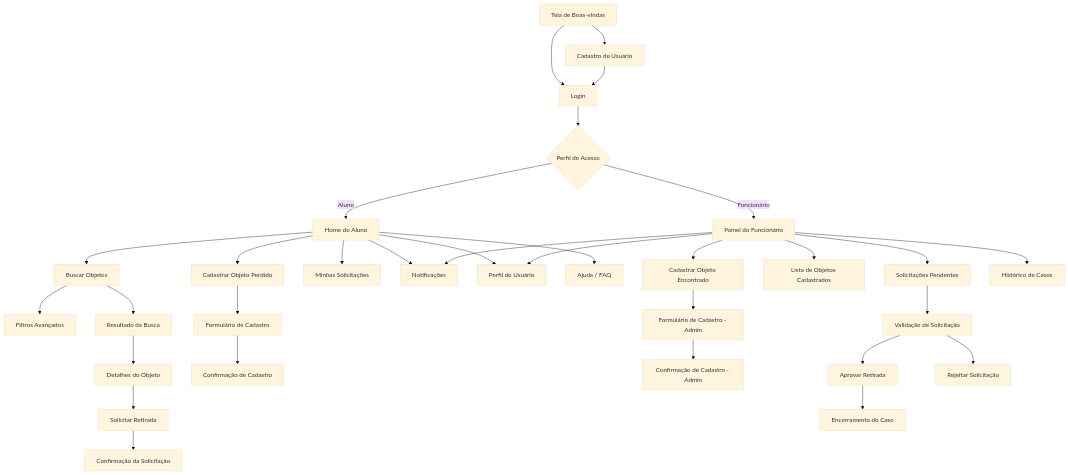
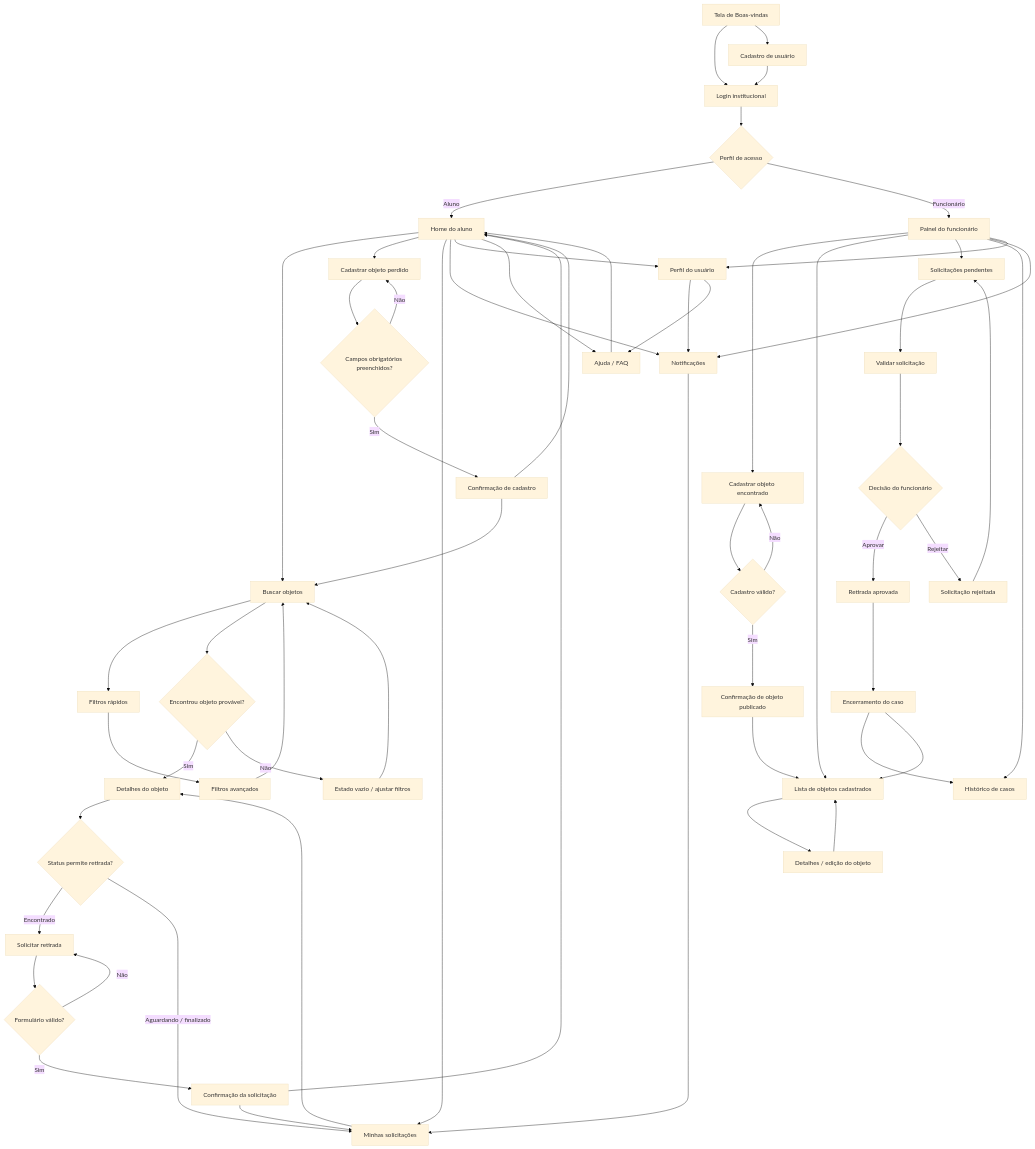
One commit to guisiq/projeto-de-interface changed the diagram in template-preenchido/projeto-achados-perdidos-unitins.md. Above: the diagram before and after it, drawn with Mermaid (base theme). The commit also changed other lines of this file and 22 other files, not shown here.

````diff
--- a/template-preenchido/projeto-achados-perdidos-unitins.md
+++ b/template-preenchido/projeto-achados-perdidos-unitins.md
@@ -241,43 +244,75 @@
 ```mermaid
 flowchart TD
-    A[Tela de Boas-vindas] --> B[Login]
-    A --> C[Cadastro de Usuário]
-    B --> D{Perfil de Acesso}
-    C --> B
-    
-    D -->|Aluno| E[Home do Aluno]
-    D -->|Funcionário| F[Painel do Funcionário]
-    
-    %% Fluxo do Aluno
-    E --> G[Buscar Objetos]
-    E --> H[Cadastrar Objeto Perdido]
-    E --> I[Minhas Solicitações]
-    E --> J[Notificações]
-    E --> K[Perfil do Usuário]
-    E --> L[Ajuda / FAQ]
-    
-    G --> M[Filtros Avançados]
-    G --> N[Resultado da Busca]
-    N --> O[Detalhes do Objeto]
-    O --> P[Solicitar Retirada]
-    P --> Q[Confirmação da Solicitação]
-    
-    H --> R[Formulário de Cadastro]
-    R --> S[Confirmação de Cadastro]
-    
-    %% Fluxo do Funcionário
-    F --> T[Cadastrar Objeto Encontrado]
-    F --> U[Lista de Objetos Cadastrados]
-    F --> V[Solicitações Pendentes]
-    F --> W[Histórico de Casos]
-    F --> K
-    F --> J
-    
-    T --> X[Formulário de Cadastro - Admin]
-    X --> Y[Confirmação de Cadastro - Admin]
-    
-    V --> Z[Validação de Solicitação]
-    Z --> AA[Aprovar Retirada]
-    Z --> AB[Rejeitar Solicitação]
-    AA --> AC[Encerramento do Caso]
+  A[Tela de Boas-vindas] --> B[Login institucional]
+  A --> C[Cadastro de usuário]
+  C --> B
+  B --> D{Perfil de acesso}
+
+  D -->|Aluno| E[Home do aluno]
+  D -->|Funcionário| F[Painel do funcionário]
+
+  %% Navegação persistente do aluno
+  E --> G[Buscar objetos]
+  E --> H[Cadastrar objeto perdido]
+  E --> I[Minhas solicitações]
+  E --> J[Notificações]
+  E --> K[Perfil do usuário]
+  E --> L[Ajuda / FAQ]
+
+  %% Fluxo de busca e retirada
+  G --> M[Filtros rápidos]
+  M --> N[Filtros avançados]
+  N --> G
+  G --> O{Encontrou objeto provável?}
+  O -->|Sim| P[Detalhes do objeto]
+  O -->|Não| Q[Estado vazio / ajustar filtros]
+  Q --> G
+  P --> R{Status permite retirada?}
+  R -->|Encontrado| S[Solicitar retirada]
+  R -->|Aguardando / finalizado| I
+  S --> T{Formulário válido?}
+  T -->|Não| S
+  T -->|Sim| U[Confirmação da solicitação]
+  U --> I
+  U --> E
+
+  %% Fluxo de cadastro pelo aluno
+  H --> V{Campos obrigatórios preenchidos?}
+  V -->|Não| H
+  V -->|Sim| W[Confirmação de cadastro]
+  W --> E
+  W --> G
+
+  %% Acompanhamento do aluno
+  I --> P
+  J --> I
+  K --> J
+  K --> L
+  L --> E
+
+  %% Navegação persistente do funcionário
+  F --> X[Cadastrar objeto encontrado]
+  F --> Y[Lista de objetos cadastrados]
+  F --> Z[Solicitações pendentes]
+  F --> AA[Histórico de casos]
+  F --> J
+  F --> K
+
+  %% Cadastro e gestão administrativa
+  X --> AB{Cadastro válido?}
+  AB -->|Não| X
+  AB -->|Sim| AC[Confirmação de objeto publicado]
+  AC --> Y
+  Y --> AD[Detalhes / edição do objeto]
+  AD --> Y
+
+  %% Validação e encerramento
+  Z --> AE[Validar solicitação]
+  AE --> AF{Decisão do funcionário}
+  AF -->|Aprovar| AG[Retirada aprovada]
+  AF -->|Rejeitar| AH[Solicitação rejeitada]
+  AG --> AI[Encerramento do caso]
+  AH --> Z
+  AI --> AA
+  AI --> Y
 ```
````
